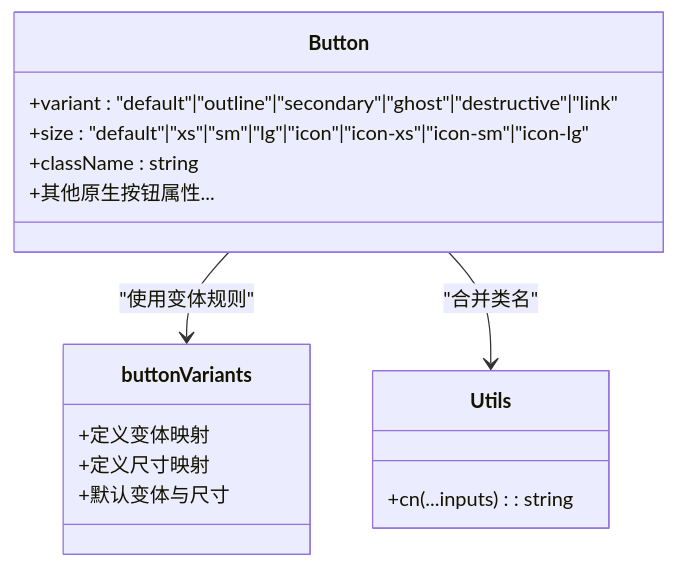
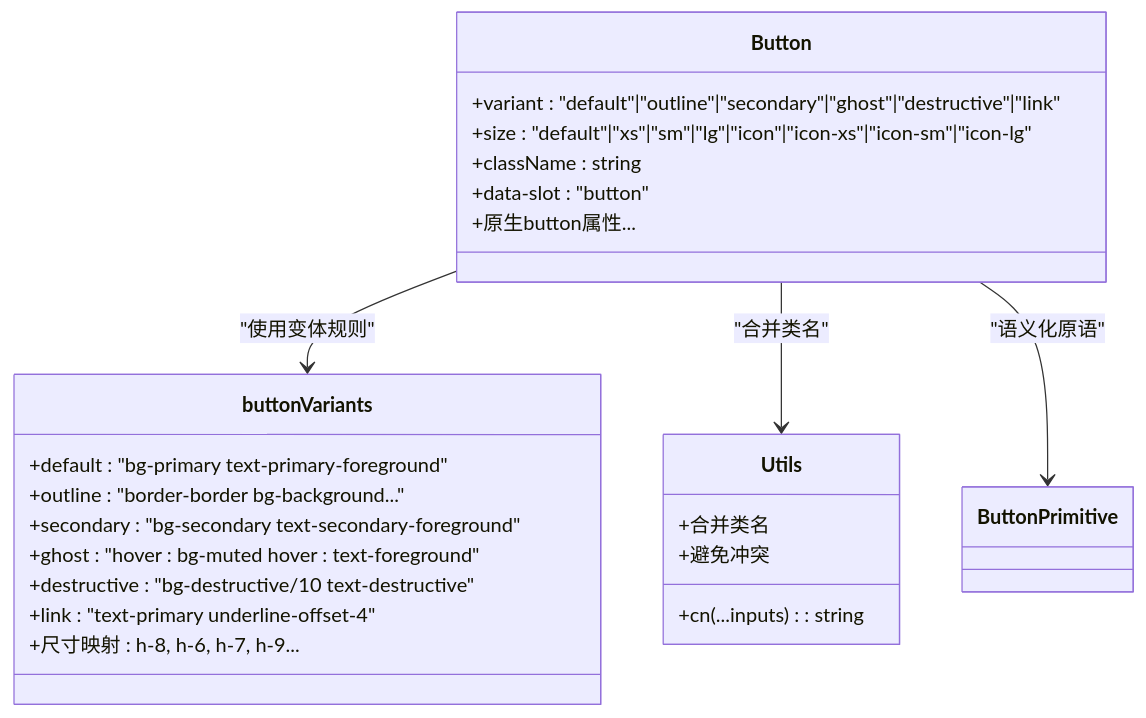
One commit to three3638-arch/celestia_2b changed the third of 6 diagrams in .qoder/repowiki/zh/content/UI组件库/UI组件库.md. Above: the diagram before and after it, drawn with Mermaid. The commit also changed other lines of this file and 17 other files, not shown here.

````diff
--- a/.qoder/repowiki/zh/content/UI组件库/UI组件库.md
+++ b/.qoder/repowiki/zh/content/UI组件库/UI组件库.md
@@ -170,19 +212,27 @@
 ```mermaid
 classDiagram
 class Button {
 +variant : "default"|"outline"|"secondary"|"ghost"|"destructive"|"link"
 +size : "default"|"xs"|"sm"|"lg"|"icon"|"icon-xs"|"icon-sm"|"icon-lg"
 +className : string
-+其他原生按钮属性...
++data-slot : "button"
++原生button属性...
 }
 class buttonVariants {
-+定义变体映射
-+定义尺寸映射
-+默认变体与尺寸
++default : "bg-primary text-primary-foreground"
++outline : "border-border bg-background..."
++secondary : "bg-secondary text-secondary-foreground"
++ghost : "hover : bg-muted hover : text-foreground"
++destructive : "bg-destructive/10 text-destructive"
++link : "text-primary underline-offset-4"
++尺寸映射 : h-8, h-6, h-7, h-9...
 }
 class Utils {
 +cn(...inputs) : string
++合并类名
++避免冲突
 }
 Button --> buttonVariants : "使用变体规则"
 Button --> Utils : "合并类名"
+Button --> ButtonPrimitive : "语义化原语"
 ```
````
